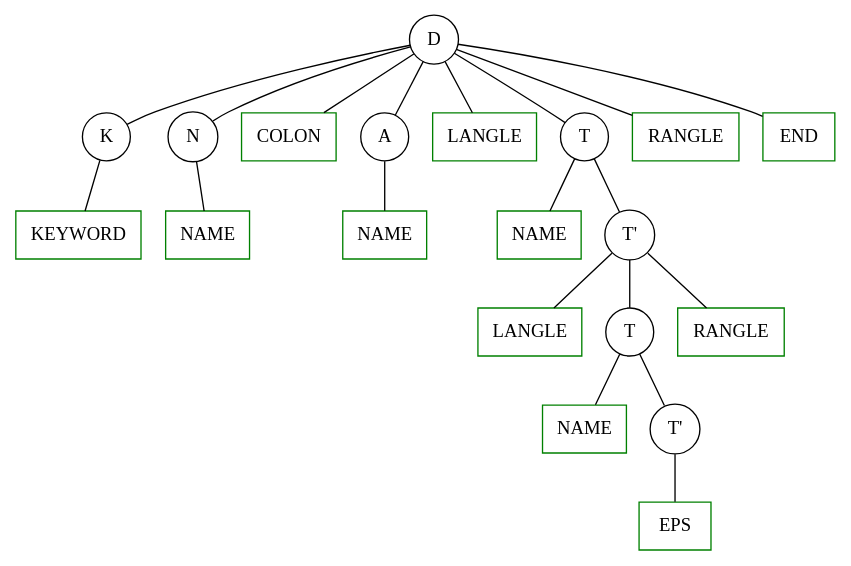
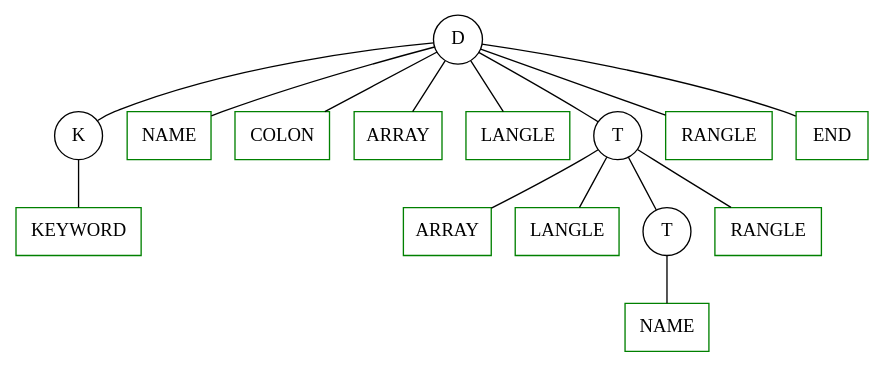
Before and after one commit to erov/translation-methods: the diagram in lab2/KotlinArray/visualizer/test.dot, drawn with Graphviz. The commit also changed 7 other files, not shown here.

```diff
--- a/lab2/KotlinArray/visualizer/test.dot
+++ b/lab2/KotlinArray/visualizer/test.dot
@@ -1,41 +1,31 @@
 strict graph KotlinArray {
     1[label="D" shape=circle];
     2[label="K" shape=circle];
     3[label="KEYWORD" shape=box color=green];
-    4[label="N" shape=circle];
-    5[label="NAME" shape=box color=green];
-    6[label="COLON" shape=box color=green];
-    7[label="A" shape=circle];
-    8[label="NAME" shape=box color=green];
-    9[label="LANGLE" shape=box color=green];
-    10[label="T" shape=circle];
-    11[label="NAME" shape=box color=green];
-    12[label="T'" shape=circle];
-    13[label="LANGLE" shape=box color=green];
-    14[label="T" shape=circle];
-    15[label="NAME" shape=box color=green];
-    16[label="T'" shape=circle];
-    17[label="EPS" shape=box color=green];
-    18[label="RANGLE" shape=box color=green];
-    19[label="RANGLE" shape=box color=green];
-    20[label="END" shape=box color=green];
+    4[label="NAME" shape=box color=green];
+    5[label="COLON" shape=box color=green];
+    6[label="ARRAY" shape=box color=green];
+    7[label="LANGLE" shape=box color=green];
+    8[label="T" shape=circle];
+    9[label="ARRAY" shape=box color=green];
+    10[label="LANGLE" shape=box color=green];
+    11[label="T" shape=circle];
+    12[label="NAME" shape=box color=green];
+    13[label="RANGLE" shape=box color=green];
+    14[label="RANGLE" shape=box color=green];
+    15[label="END" shape=box color=green];
     1 -- 2;
     2 -- 3;
     1 -- 4;
-    4 -- 5;
+    1 -- 5;
     1 -- 6;
     1 -- 7;
-    7 -- 8;
-    1 -- 9;
-    1 -- 10;
-    10 -- 11;
-    10 -- 12;
-    12 -- 13;
-    12 -- 14;
-    14 -- 15;
-    14 -- 16;
-    16 -- 17;
-    12 -- 18;
-    1 -- 19;
-    1 -- 20;
+    1 -- 8;
+    8 -- 9;
+    8 -- 10;
+    8 -- 11;
+    11 -- 12;
+    8 -- 13;
+    1 -- 14;
+    1 -- 15;
 }
```
